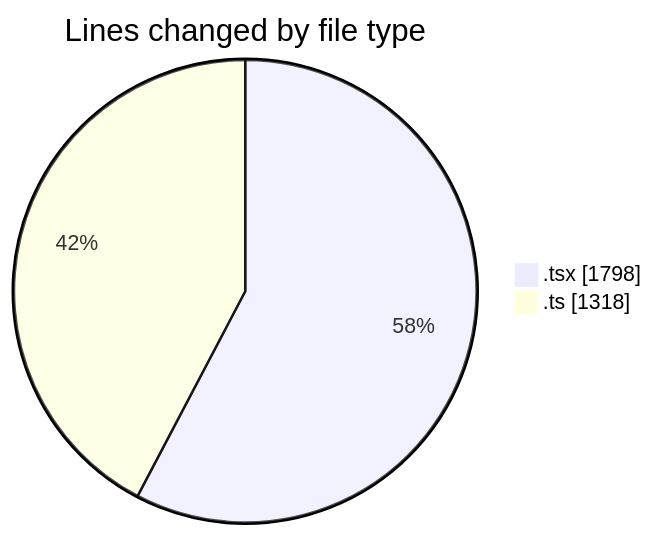
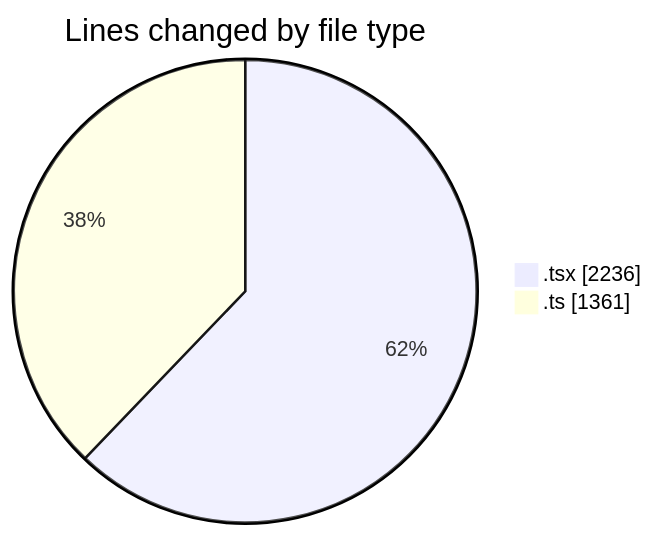
The first of 2 diagrams in 2026-03-06/nxtqube_webapp/README.md (nxtqubesakshisongat/code-tracking), drawn with Mermaid before and after one commit. The commit also changed other lines of this file and 1 other file, not shown here.

````diff
--- a/2026-03-06/nxtqube_webapp/README.md
+++ b/2026-03-06/nxtqube_webapp/README.md
@@ -28,6 +29,6 @@
 ```mermaid
 pie showData
 title Lines changed by file type
-".tsx" : 1798
-".ts" : 1318
+".tsx" : 2236
+".ts" : 1361
 ```
````
